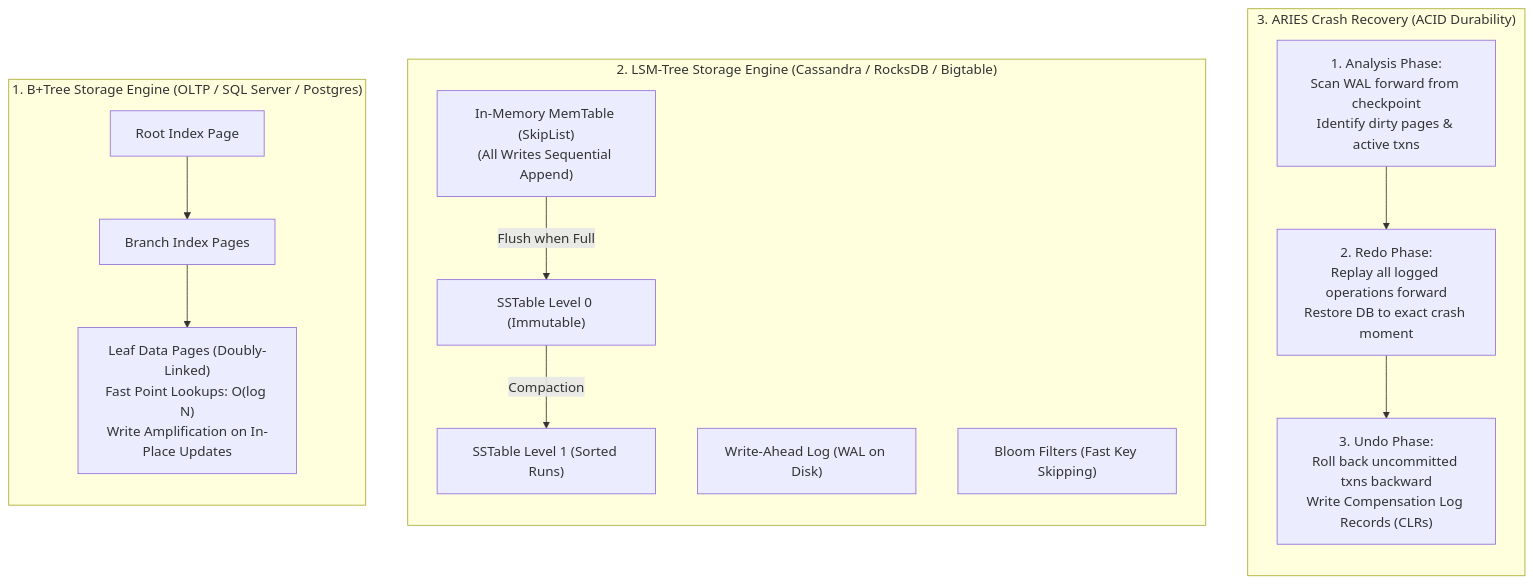
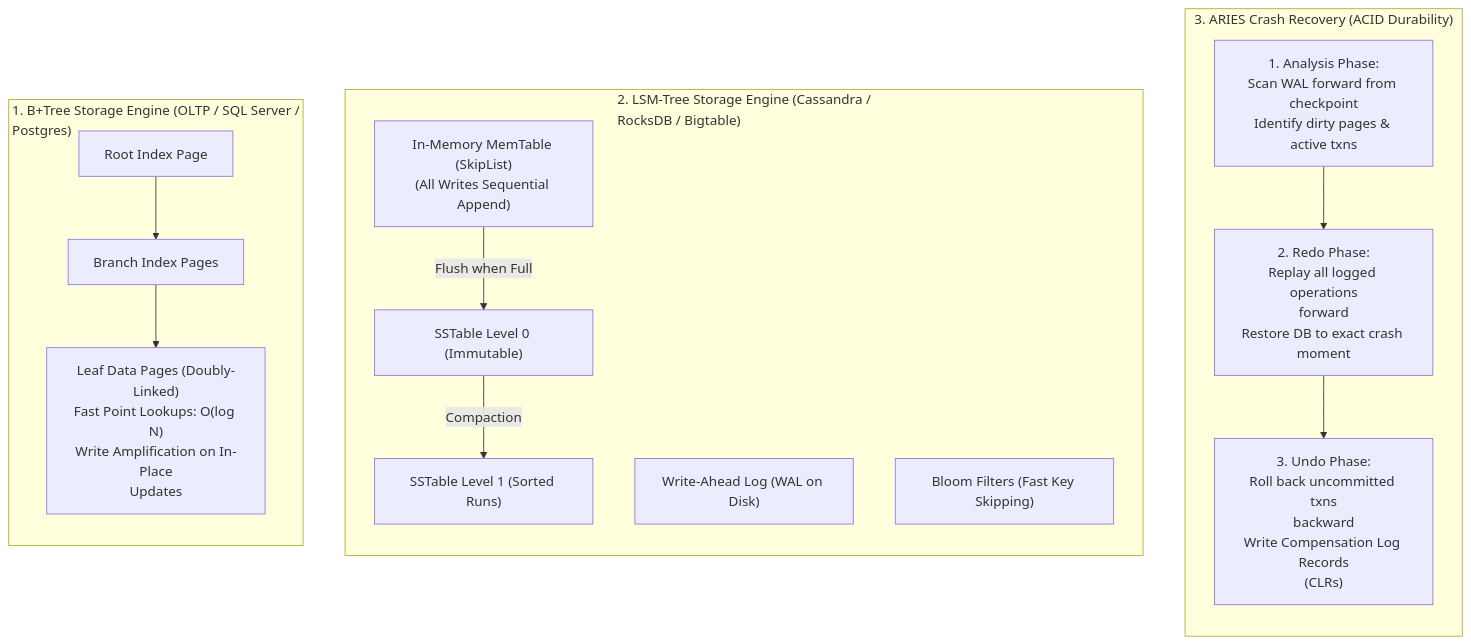
Before and after one commit to santoshjammi29/data-system-design-handbook: the tenth of 28 diagrams in docs/whiteboard_diagrams/handbook_whiteboard_blueprints.md, drawn with Mermaid. The commit also changed other lines of this file and 15 other files, not shown here.

Commit message:
fix(diagrams): word-wrap labels and escape comparison operators across all diagrams

````diff
--- a/docs/whiteboard_diagrams/handbook_whiteboard_blueprints.md
+++ b/docs/whiteboard_diagrams/handbook_whiteboard_blueprints.md
@@ -451,24 +451,24 @@
 ```mermaid
 flowchart LR
-    subgraph Panel1 ["1. B+Tree Storage Engine (OLTP / SQL Server / Postgres)"]
+    subgraph Panel1 ["1. B+Tree Storage Engine (OLTP / SQL Server /<br/>Postgres)"]
         RootPage["Root Index Page"] --> BranchPages["Branch Index Pages"]
-        BranchPages --> LeafPages["Leaf Data Pages (Doubly-Linked)\nFast Point Lookups: O(log N)\nWrite Amplification on In-Place Updates"]
+        BranchPages --> LeafPages["Leaf Data Pages (Doubly-Linked)<br/>Fast Point Lookups: O(log N)<br/>Write Amplification on In-Place<br/>Updates"]
     end
 
-    subgraph Panel2 ["2. LSM-Tree Storage Engine (Cassandra / RocksDB / Bigtable)"]
-        MemTable["In-Memory MemTable (SkipList)\n(All Writes Sequential Append)"]
+    subgraph Panel2 ["2. LSM-Tree Storage Engine (Cassandra /<br/>RocksDB / Bigtable)"]
+        MemTable["In-Memory MemTable (SkipList)<br/>(All Writes Sequential Append)"]
         WAL["Write-Ahead Log (WAL on Disk)"]
         MemTable -->|"Flush when Full"| SSTable1["SSTable Level 0 (Immutable)"]
         SSTable1 -->|"Compaction"| SSTable2["SSTable Level 1 (Sorted Runs)"]
         Bloom["Bloom Filters (Fast Key Skipping)"]
     end
 
     subgraph Panel3 ["3. ARIES Crash Recovery (ACID Durability)"]
-        Analysis["1. Analysis Phase:\nScan WAL forward from checkpoint\nIdentify dirty pages & active txns"]
-        Redo["2. Redo Phase:\nReplay all logged operations forward\nRestore DB to exact crash moment"]
-        Undo["3. Undo Phase:\nRoll back uncommitted txns backward\nWrite Compensation Log Records (CLRs)"]
+        Analysis["1. Analysis Phase:<br/>Scan WAL forward from checkpoint<br/>Identify dirty pages & active txns"]
+        Redo["2. Redo Phase:<br/>Replay all logged operations<br/>forward<br/>Restore DB to exact crash moment"]
+        Undo["3. Undo Phase:<br/>Roll back uncommitted txns<br/>backward<br/>Write Compensation Log Records<br/>(CLRs)"]
         Analysis --> Redo --> Undo
     end
 
     Panel1 ~~~ Panel2 ~~~ Panel3
 ```
````
